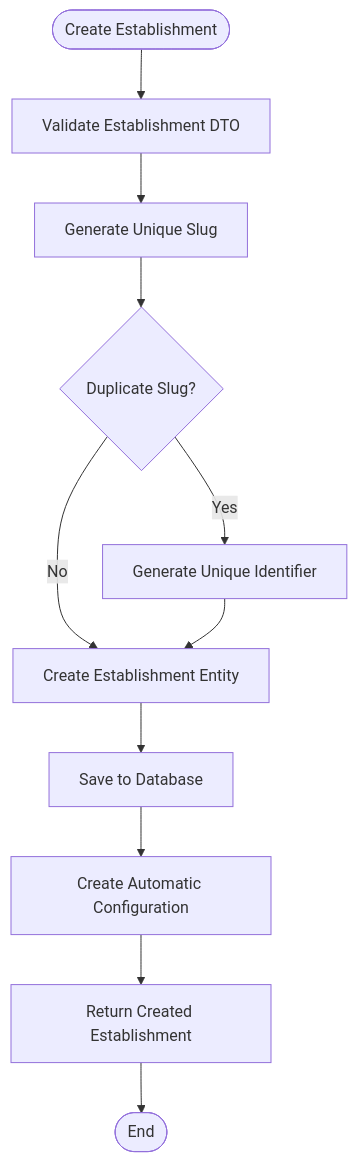
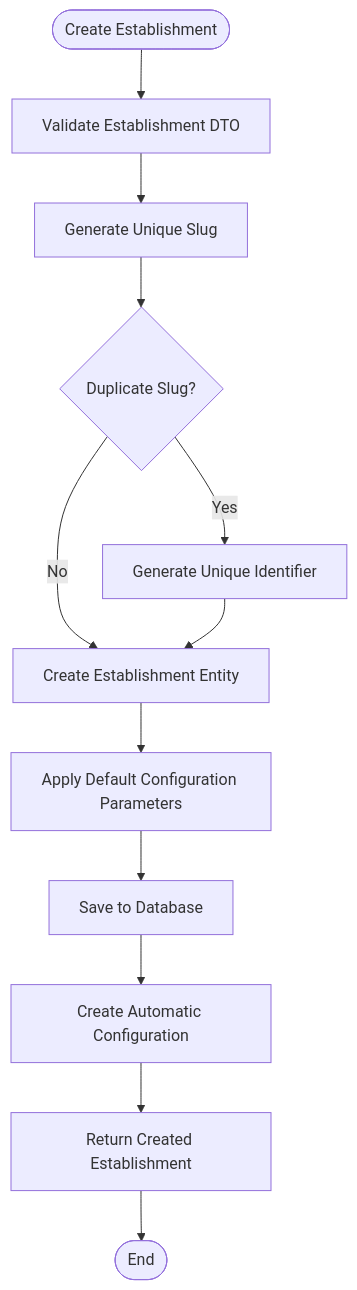
One commit to franckylab/eLISAschool changed diagram 12 of 19 in .qoder/repowiki/en/content/Modules & Features/Administrative Modules/Establishment Management.md. Above: the diagram before and after it, drawn with Mermaid. The commit also changed other lines of this file and 155 other files, not shown here.

````diff
--- a/.qoder/repowiki/en/content/Modules & Features/Administrative Modules/Establishment Management.md
+++ b/.qoder/repowiki/en/content/Modules & Features/Administrative Modules/Establishment Management.md
@@ -553,13 +697,14 @@
 ```mermaid
 flowchart TD
 Start([Create Establishment]) --> ValidateDTO["Validate Establishment DTO"]
 ValidateDTO --> GenerateSlug["Generate Unique Slug"]
 GenerateSlug --> CheckDuplicate{"Duplicate Slug?"}
 CheckDuplicate --> |Yes| GenerateUnique["Generate Unique Identifier"]
 CheckDuplicate --> |No| CreateEntity["Create Establishment Entity"]
 GenerateUnique --> CreateEntity
-CreateEntity --> SaveEntity["Save to Database"]
+CreateEntity --> ApplyDefaultConfig["Apply Default Configuration Parameters"]
+ApplyDefaultConfig --> SaveEntity["Save to Database"]
 SaveEntity --> CreateConfig["Create Automatic Configuration"]
 CreateConfig --> ReturnSuccess["Return Created Establishment"]
 ReturnSuccess --> End([End])
 ```
````
